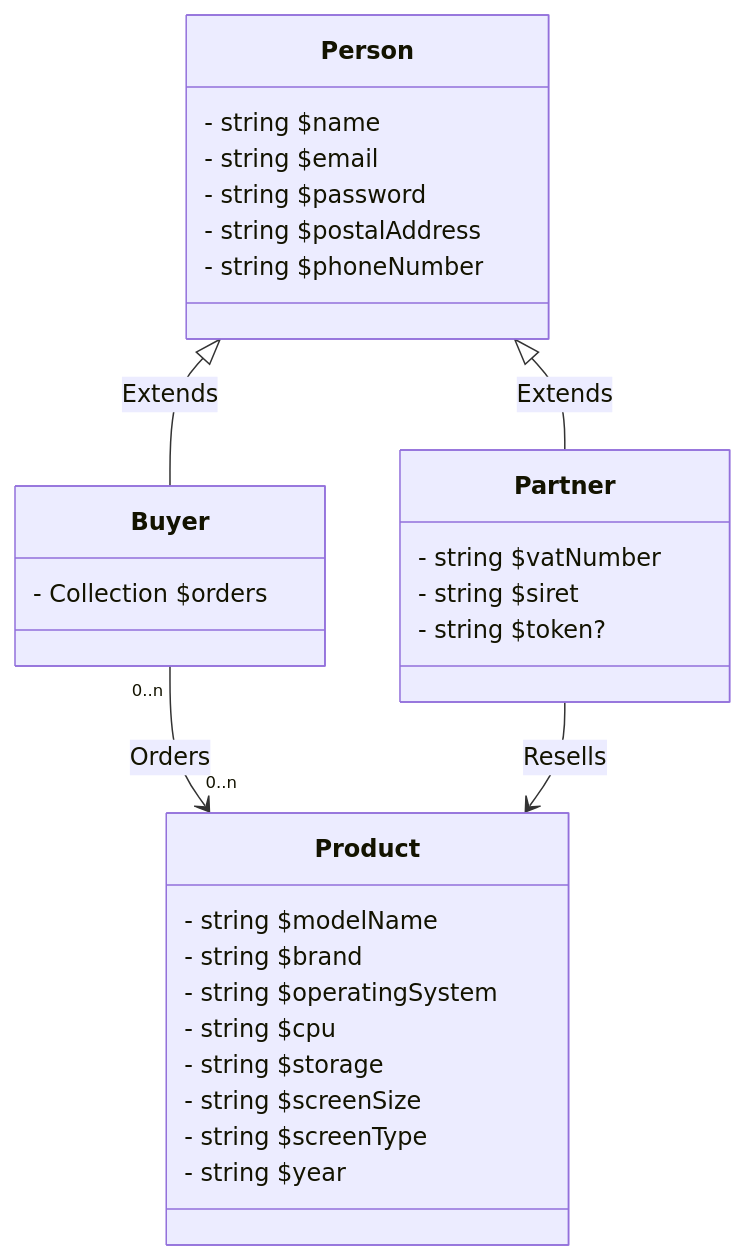
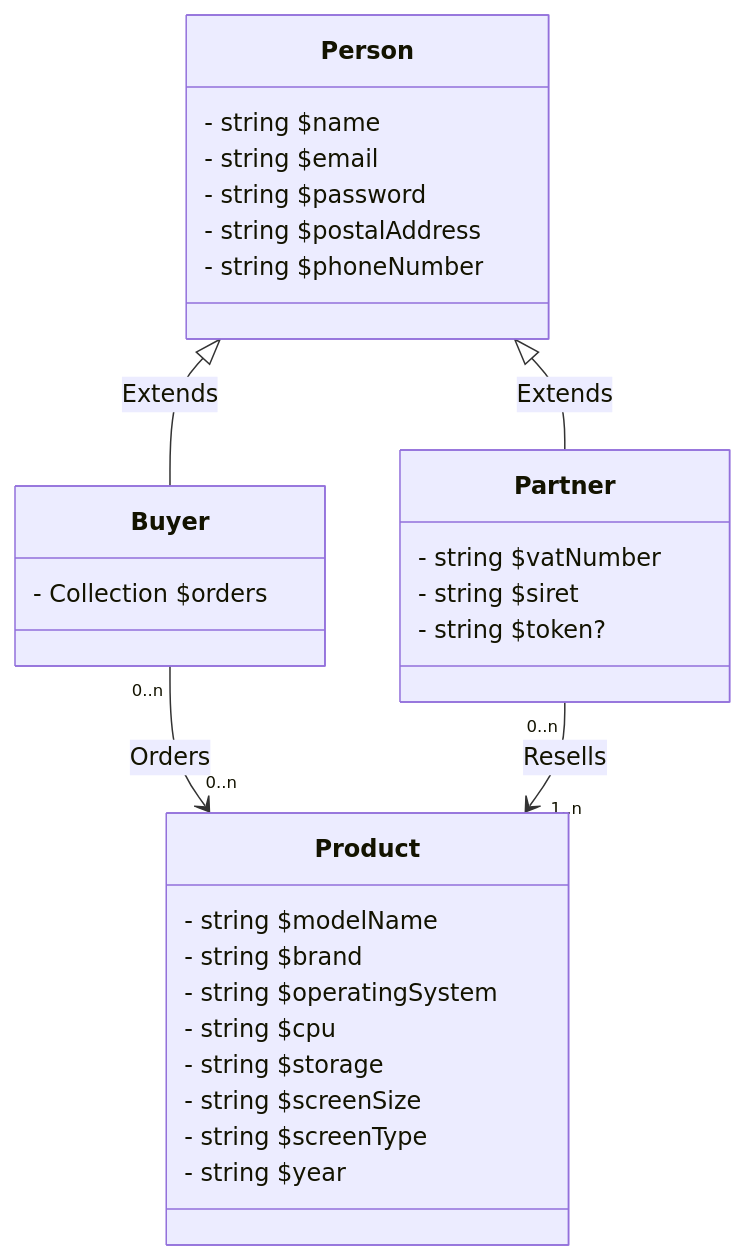
Before and after one commit to Palingenae/OC-P7-BileMo: the diagram in doc/diagrams/classes.md, drawn with Mermaid.

Commit message:
update: class cardinalities

````diff
--- a/doc/diagrams/classes.md
+++ b/doc/diagrams/classes.md
@@ -1,35 +1,35 @@
 ```mermaid
     classDiagram
         Person <|-- Buyer: Extends
         Person <|-- Partner: Extends
         Buyer "0..n" --> "0..n" Product: Orders
-        Partner --> Product: Resells
+        Partner "0..n" --> "1..n" Product: Resells
         class Person {
             - string $name
             - string $email
             - string $password
             - string $postalAddress
             - string $phoneNumber
         }
         %% Those who will order the products %%
         class Buyer {
             - Collection<Product> $orders
         }
         %% As in BileMo's Commercial Partner %%
         class Partner {
             - string $vatNumber
             - string $siret
             - string $token?
         }
         %% Asserting that they will only make a phone catalog %%
         class Product {
             - string $modelName
             - string $brand
             - string $operatingSystem
             - string $cpu
             - string $storage
             - string $screenSize
             - string $screenType
             - string $year
         }
 ```
````
